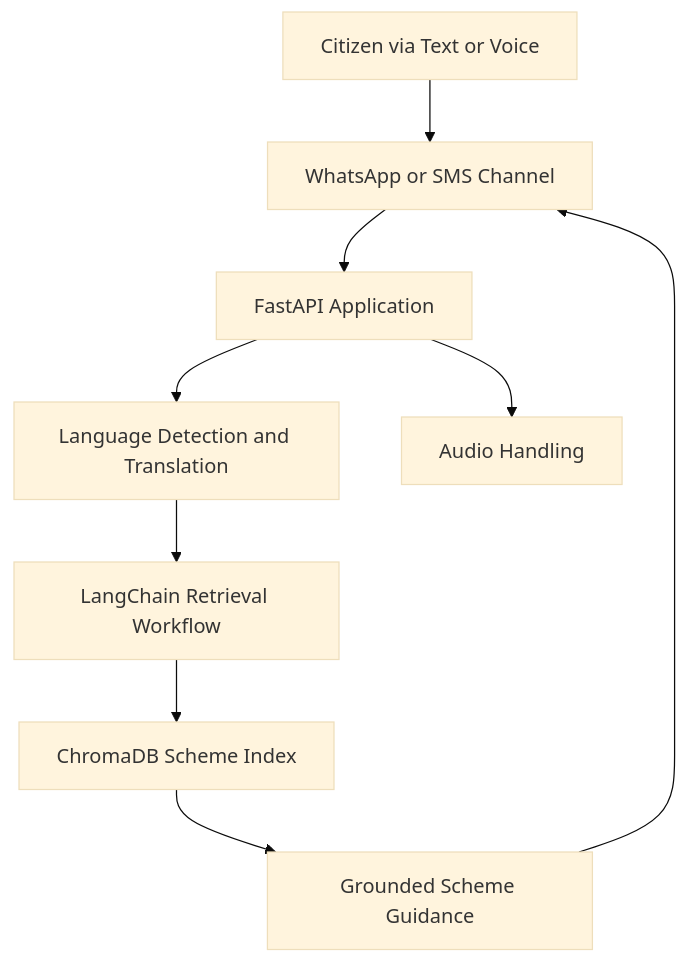
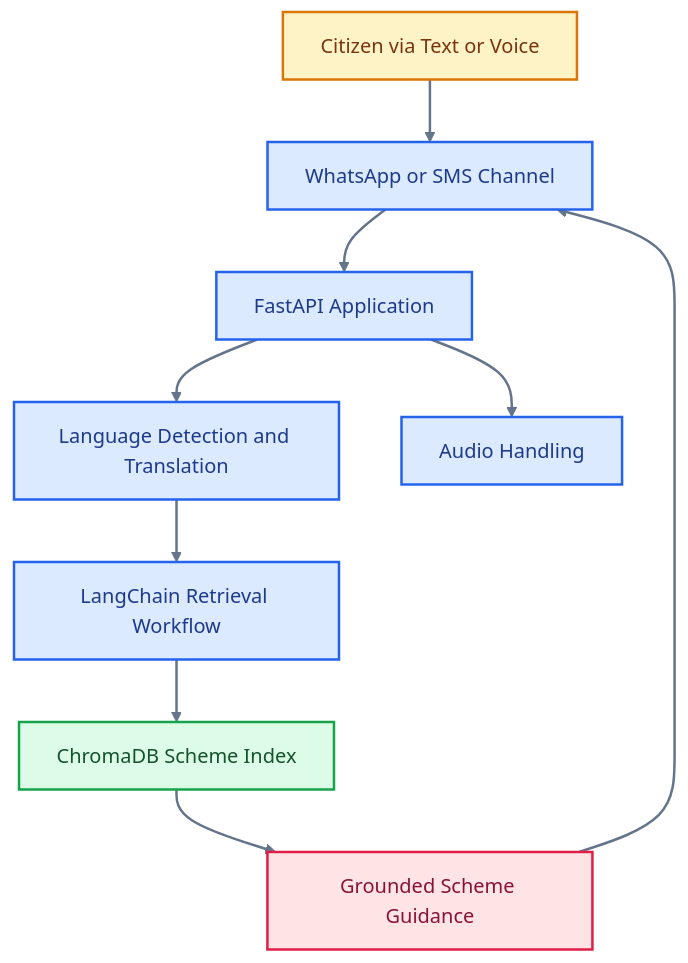
One commit to skx56/AI-Based-Multilingual-Chatbot-for-Welfare-Scheme-Awareness changed the diagram in README.md. Above: the diagram before and after it, drawn with Mermaid (base theme).

Commit message:
Colorize README architecture diagram

````diff
--- a/README.md
+++ b/README.md
@@ -31,11 +31,22 @@
 ```mermaid
 flowchart TD
   User["Citizen via Text or Voice"] --> Channel["WhatsApp or SMS Channel"]
   Channel --> API["FastAPI Application"]
   API --> Language["Language Detection and Translation"]
   API --> Audio["Audio Handling"]
   Language --> Retrieval["LangChain Retrieval Workflow"]
   Retrieval --> VectorDB["ChromaDB Scheme Index"]
   VectorDB --> Response["Grounded Scheme Guidance"]
   Response --> Channel
+
+  classDef inputs fill:#FEF3C7,stroke:#D97706,color:#78350F,stroke-width:2px;
+  classDef process fill:#DBEAFE,stroke:#2563EB,color:#1E3A8A,stroke-width:2px;
+  classDef data fill:#DCFCE7,stroke:#16A34A,color:#14532D,stroke-width:2px;
+  classDef agent fill:#F3E8FF,stroke:#9333EA,color:#581C87,stroke-width:2px;
+  classDef output fill:#FFE4E6,stroke:#E11D48,color:#881337,stroke-width:2px;
+  class User inputs;
+  class Channel,API,Language,Audio,Retrieval process;
+  class VectorDB data;
+  class Response output;
+  linkStyle default stroke:#64748B,stroke-width:2px;
 ```
````
